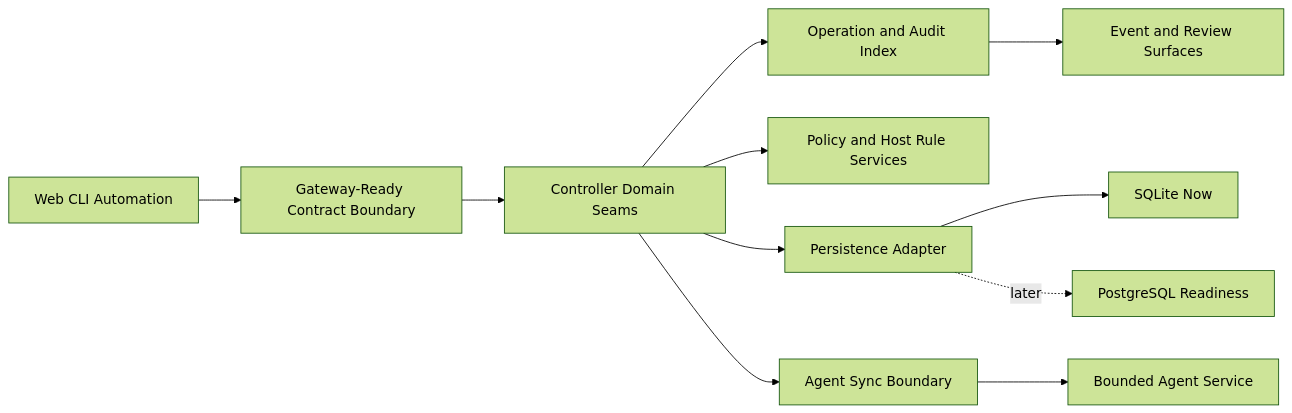
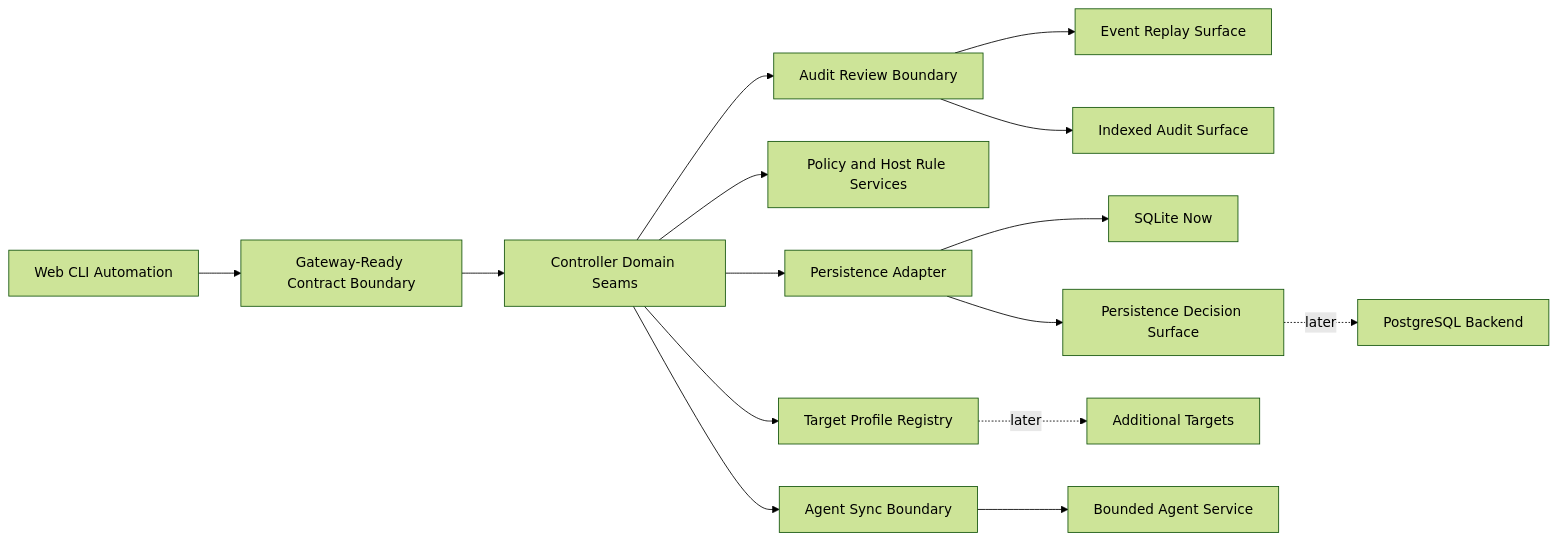
The diagram in docs/plans/2026-04-21-portmanager-m3-toward-c-enablement-plan.md (Jacobinwwey/portmanager), drawn with Mermaid (forest theme) before and after one commit. The commit also changed other lines of this file and 19 other files, not shown here.

````diff
--- a/docs/plans/2026-04-21-portmanager-m3-toward-c-enablement-plan.md
+++ b/docs/plans/2026-04-21-portmanager-m3-toward-c-enablement-plan.md
@@ -61,13 +67,17 @@
 ```mermaid
 flowchart LR
   U[Web CLI Automation] --> G[Gateway-Ready Contract Boundary]
   G --> C[Controller Domain Seams]
-  C --> O[Operation and Audit Index]
+  C --> O[Audit Review Boundary]
+  O --> E[Event Replay Surface]
+  O --> V[Indexed Audit Surface]
   C --> P[Policy and Host Rule Services]
   C --> S[Persistence Adapter]
   S --> Q[SQLite Now]
-  S -. later .-> R[PostgreSQL Readiness]
+  S --> R[Persistence Decision Surface]
+  R -. later .-> X[PostgreSQL Backend]
+  C --> T[Target Profile Registry]
+  T -. later .-> Z[Additional Targets]
   C --> A[Agent Sync Boundary]
   A --> B[Bounded Agent Service]
-  O --> V[Event and Review Surfaces]
 ```
````
